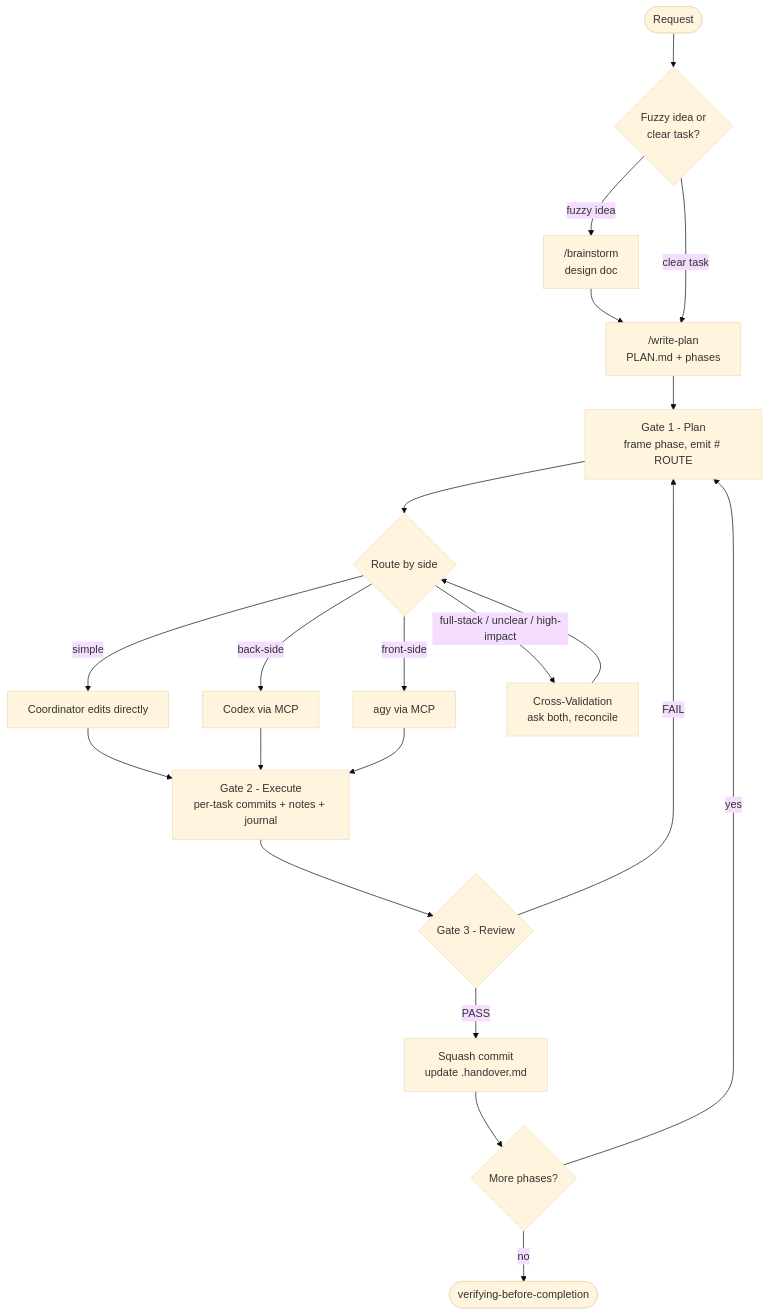
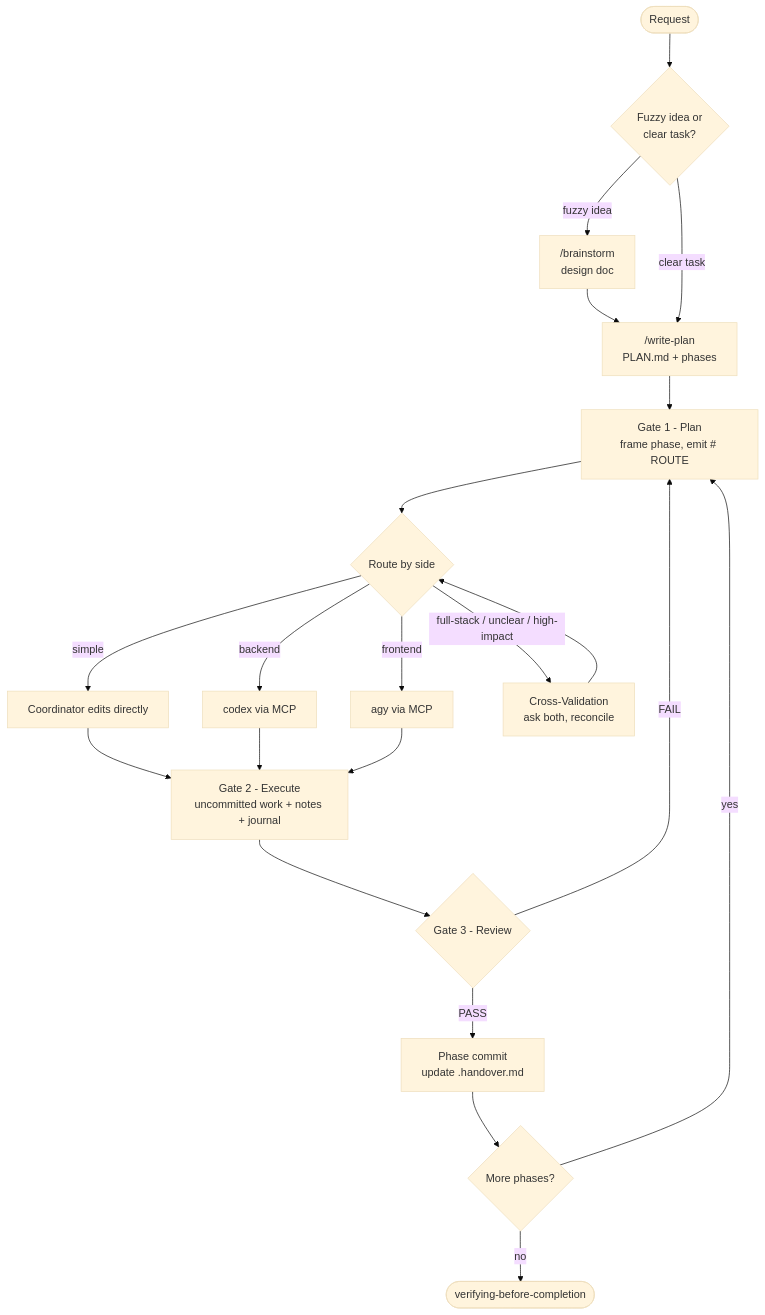
The diagram in plugin/README.md (sitien173/refract), drawn with Mermaid (base theme) before and after one commit. The commit also changed other lines of this file and 22 other files, not shown here.

````diff
--- a/plugin/README.md
+++ b/plugin/README.md
@@ -11,23 +11,23 @@
 ```mermaid
 flowchart TD
     A([Request]) --> B{Fuzzy idea or<br/>clear task?}
     B -->|"fuzzy idea"| BR["/brainstorm<br/>design doc"]
     BR --> WP["/write-plan<br/>PLAN.md + phases"]
     B -->|"clear task"| WP
     WP --> P["Gate 1 - Plan<br/>frame phase, emit # ROUTE"]
     P --> R{Route by side}
     R -->|simple| CO["Coordinator edits directly"]
-    R -->|back-side| CX["Codex via MCP"]
-    R -->|front-side| GM["agy via MCP"]
+    R -->|backend| CX["codex via MCP"]
+    R -->|frontend| GM["agy via MCP"]
     R -->|"full-stack / unclear / high-impact"| CV["Cross-Validation<br/>ask both, reconcile"]
     CV --> R
-    CO --> EX["Gate 2 - Execute<br/>per-task commits + notes + journal"]
+    CO --> EX["Gate 2 - Execute<br/>uncommitted work + notes + journal"]
     CX --> EX
     GM --> EX
     EX --> RV{"Gate 3 - Review"}
     RV -->|FAIL| P
-    RV -->|"PASS"| SQ["Squash commit<br/>update .handover.md"]
+    RV -->|"PASS"| SQ["Phase commit<br/>update .handover.md"]
     SQ --> NX{More phases?}
     NX -->|yes| P
     NX -->|no| V(["verifying-before-completion"])
 ```
````
